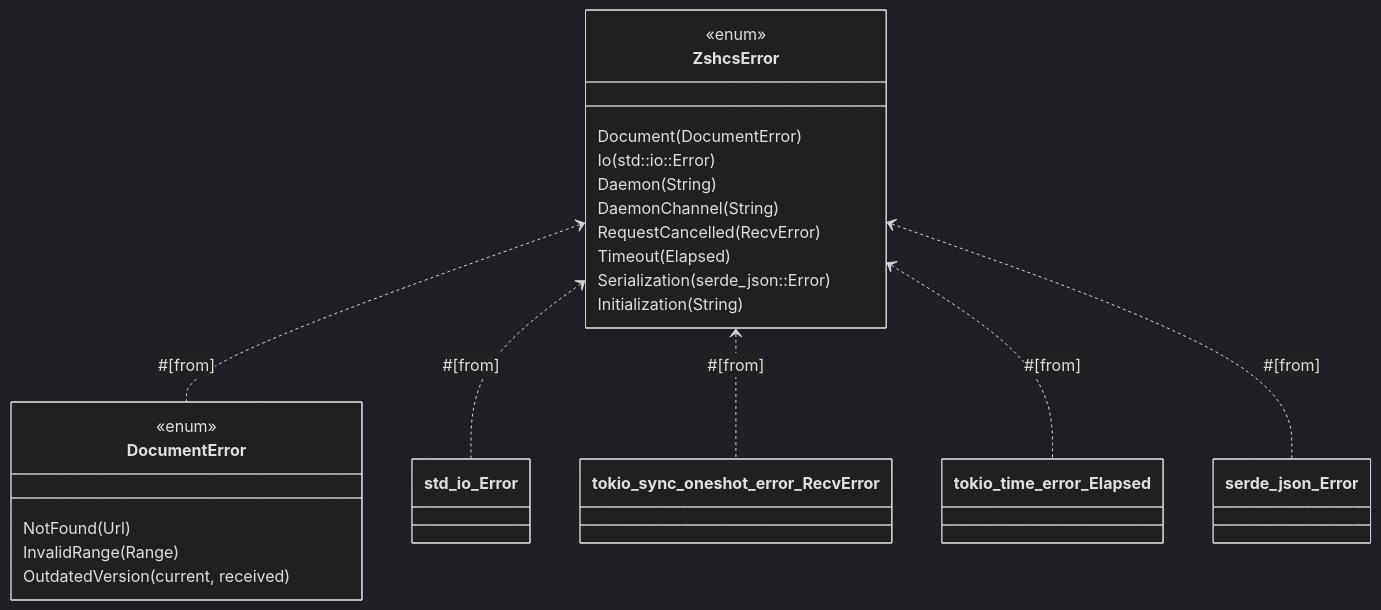
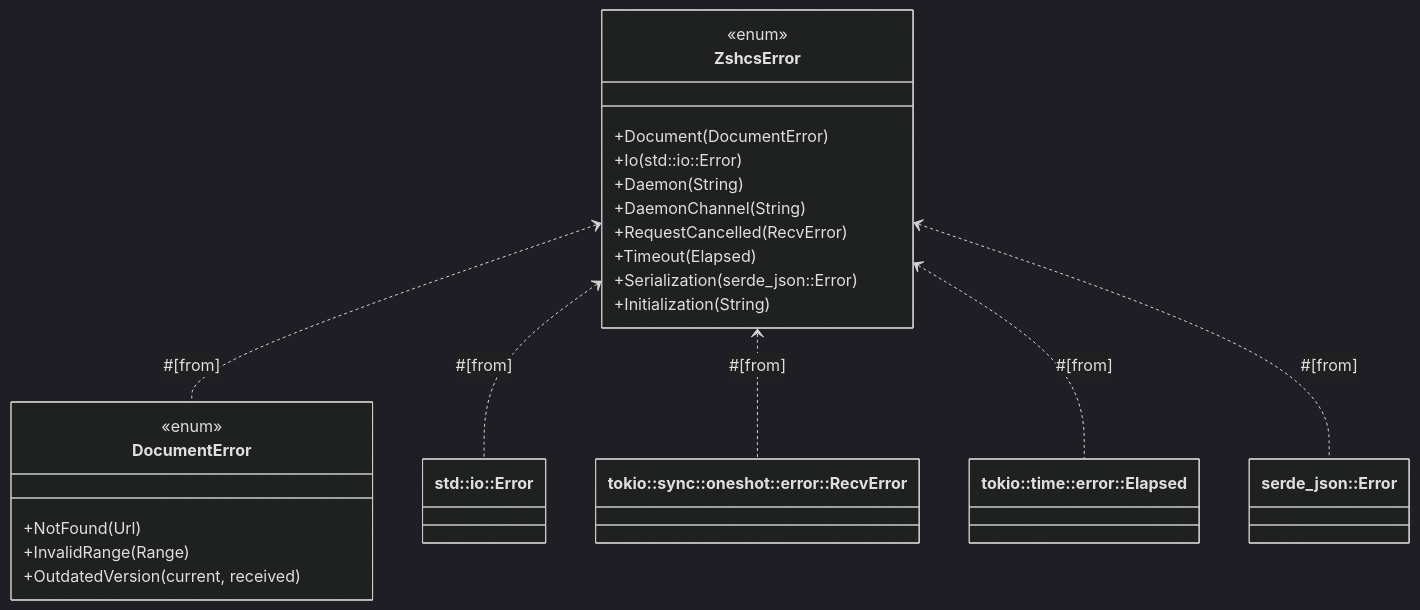
One commit to yuys13/zshcs changed the third of 5 diagrams in docs/ARCHITECTURE.md. Above: the diagram before and after it, drawn with Mermaid (dark theme). The commit also changed other lines of this file, not shown here.

Commit message:
docs(architecture): enhance mermaid diagrams and refine technical specifications

````diff
--- a/docs/ARCHITECTURE.md
+++ b/docs/ARCHITECTURE.md
@@ -164,27 +151,32 @@
 ```mermaid
 classDiagram
     class ZshcsError {
         <<enum>>
-        Document(DocumentError)
-        Io(std::io::Error)
-        Daemon(String)
-        DaemonChannel(String)
-        RequestCancelled(RecvError)
-        Timeout(Elapsed)
-        Serialization(serde_json::Error)
-        Initialization(String)
+        +Document(DocumentError)
+        +Io(std::io::Error)
+        +Daemon(String)
+        +DaemonChannel(String)
+        +RequestCancelled(RecvError)
+        +Timeout(Elapsed)
+        +Serialization(serde_json::Error)
+        +Initialization(String)
     }
 
     class DocumentError {
         <<enum>>
-        NotFound(Url)
-        InvalidRange(Range)
-        OutdatedVersion(current, received)
+        +NotFound(Url)
+        +InvalidRange(Range)
+        +OutdatedVersion(current, received)
     }
+
+    class std_io_Error["std::io::Error"]
+    class tokio_RecvError["tokio::sync::oneshot::error::RecvError"]
+    class tokio_Elapsed["tokio::time::error::Elapsed"]
+    class serde_json_Error["serde_json::Error"]
 
     ZshcsError <.. DocumentError : #[from]
     ZshcsError <.. std_io_Error : #[from]
-    ZshcsError <.. tokio_sync_oneshot_error_RecvError : #[from]
-    ZshcsError <.. tokio_time_error_Elapsed : #[from]
+    ZshcsError <.. tokio_RecvError : #[from]
+    ZshcsError <.. tokio_Elapsed : #[from]
     ZshcsError <.. serde_json_Error : #[from]
 ```
````
